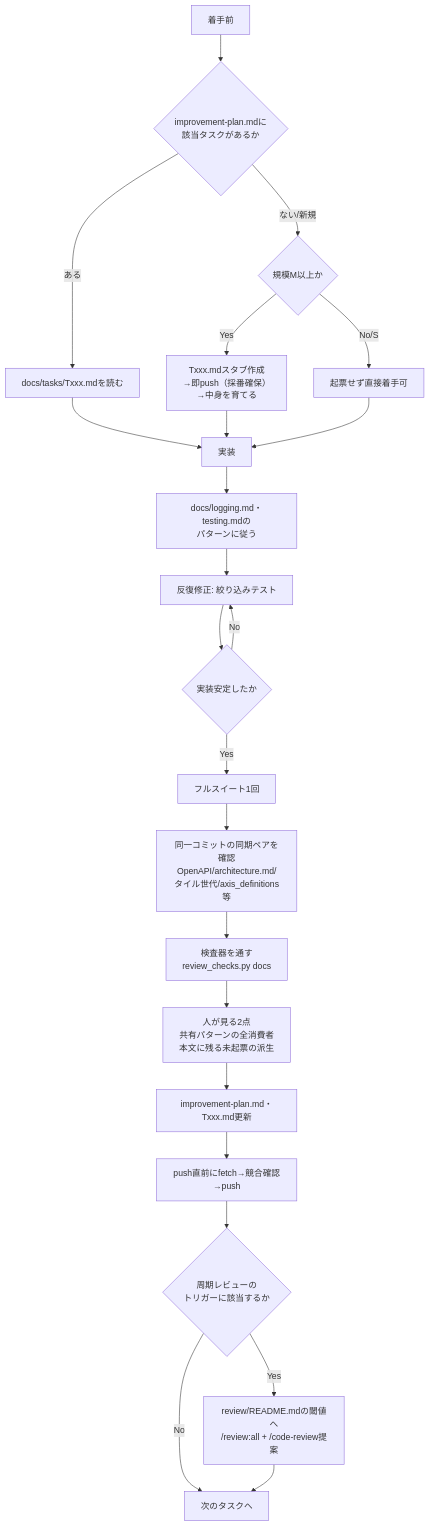
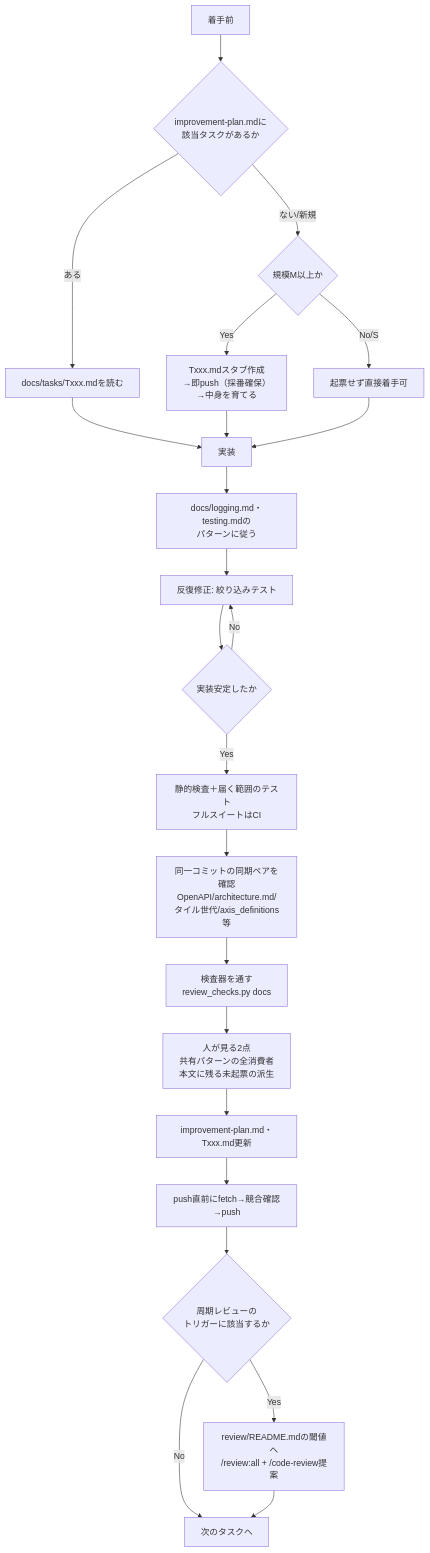
Before and after one commit to hidakagit/ride-compass: the diagram in docs/workflow.md, drawn with Mermaid. The commit also changed other lines of this file and 2 other files, not shown here.

````diff
--- a/docs/workflow.md
+++ b/docs/workflow.md
@@ -7,25 +7,26 @@
 ```mermaid
 flowchart TD
     A[着手前] --> B{improvement-plan.mdに\n該当タスクがあるか}
     B -->|ある| C[docs/tasks/Txxx.mdを読む]
     B -->|ない/新規| D{規模M以上か}
     D -->|Yes| E[Txxx.mdスタブ作成\n→即push（採番確保）\n→中身を育てる]
     D -->|No/S| F[起票せず直接着手可]
     C --> G
     E --> G
     F --> G[実装]
     G --> H[docs/logging.md・testing.mdの\nパターンに従う]
     H --> I[反復修正: 絞り込みテスト]
     I --> J{実装安定したか}
     J -->|No| I
-    J -->|Yes| K[フルスイート1回]
+    J -->|Yes| K[静的検査＋届く範囲のテスト
+フルスイートはCI]
     K --> L[同一コミットの同期ペアを確認\nOpenAPI/architecture.md/\nタイル世代/axis_definitions等]
     L --> M[検査器を通す\nreview_checks.py docs]
     M --> M2[人が見る2点\n共有パターンの全消費者\n本文に残る未起票の派生]
     M2 --> N[improvement-plan.md・Txxx.md更新]
     N --> O[push直前にfetch→競合確認→push]
     O --> P{周期レビューの\nトリガーに該当するか}
     P -->|Yes| Q["review/README.mdの閾値へ\n/review:all + /code-review提案"]
     P -->|No| R[次のタスクへ]
     Q --> R
 ```
````
